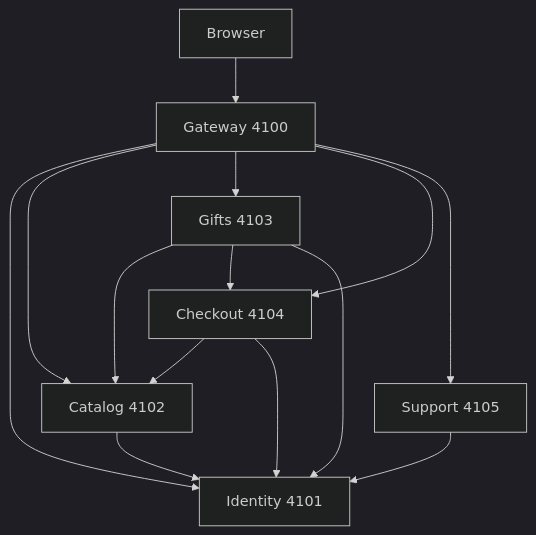
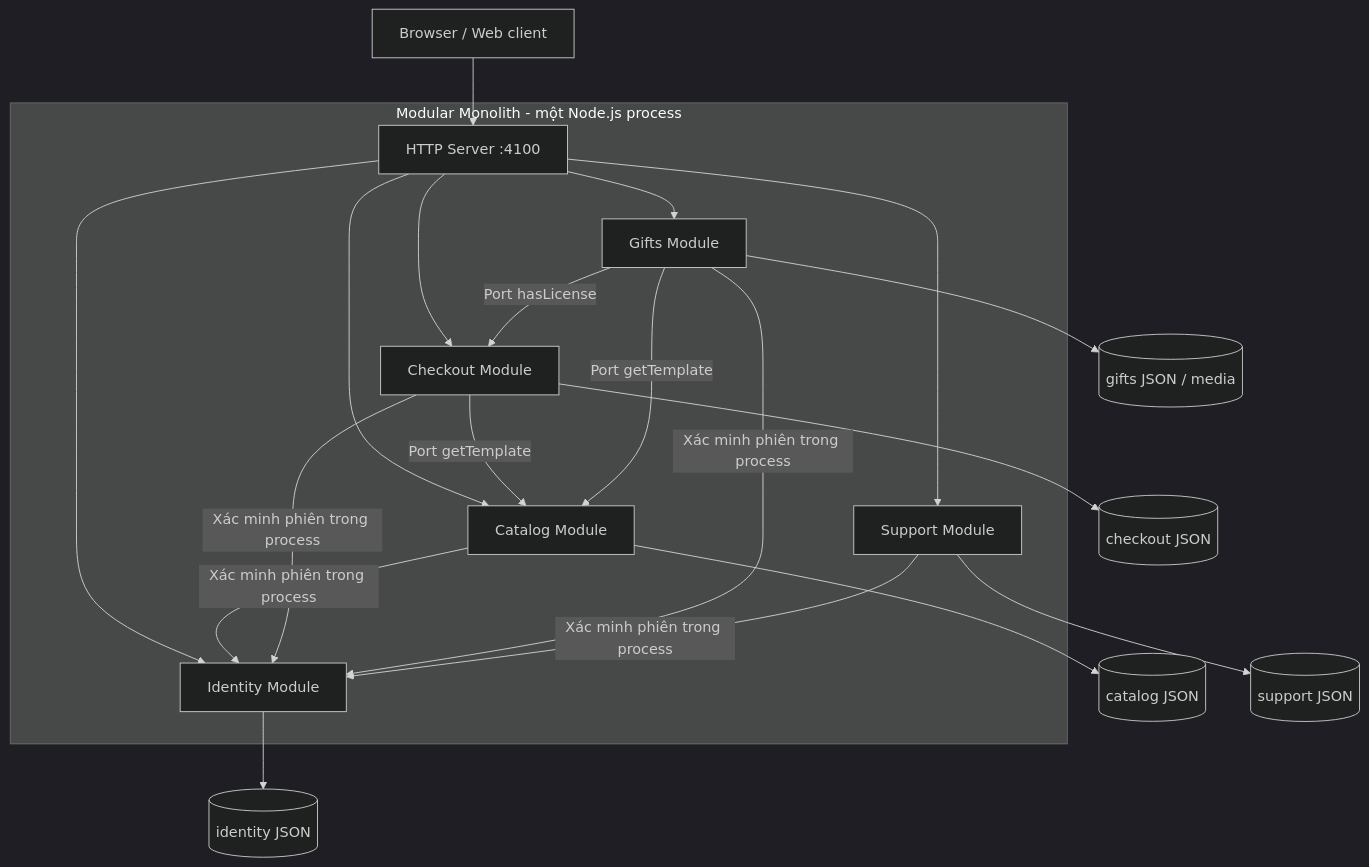
The diagram in docs/ARCHITECTURE.md (GNAUQ153/momevia), drawn with Mermaid (dark theme) before and after one commit. The commit also changed other lines of this file and 28 other files, not shown here.

Commit message:
refactor: migrate to modular monolith

````diff
--- a/docs/ARCHITECTURE.md
+++ b/docs/ARCHITECTURE.md
@@ -7,16 +5,23 @@
 ```mermaid
 flowchart TB
-    Browser[Browser] --> Gateway[Gateway 4100]
-    Gateway --> Identity[Identity 4101]
-    Gateway --> Catalog[Catalog 4102]
-    Gateway --> Gifts[Gifts 4103]
-    Gateway --> Checkout[Checkout 4104]
-    Gateway --> Support[Support 4105]
-    Gifts --> Catalog
-    Gifts --> Checkout
-    Checkout --> Catalog
-    Catalog --> Identity
-    Gifts --> Identity
-    Checkout --> Identity
-    Support --> Identity
+    B[Browser / Web client] --> H[HTTP Server :4100]
+    subgraph Backend[Modular Monolith - một Node.js process]
+        H --> I[Identity Module]
+        H --> C[Catalog Module]
+        H --> O[Checkout Module]
+        H --> G[Gifts Module]
+        H --> S[Support Module]
+        O -->|Port getTemplate| C
+        G -->|Port getTemplate| C
+        G -->|Port hasLicense| O
+        C -->|Xác minh phiên trong process| I
+        O -->|Xác minh phiên trong process| I
+        G -->|Xác minh phiên trong process| I
+        S -->|Xác minh phiên trong process| I
+    end
+    I --> DI[(identity JSON)]
+    C --> DC[(catalog JSON)]
+    O --> DO[(checkout JSON)]
+    G --> DG[(gifts JSON / media)]
+    S --> DS[(support JSON)]
 ```
````
